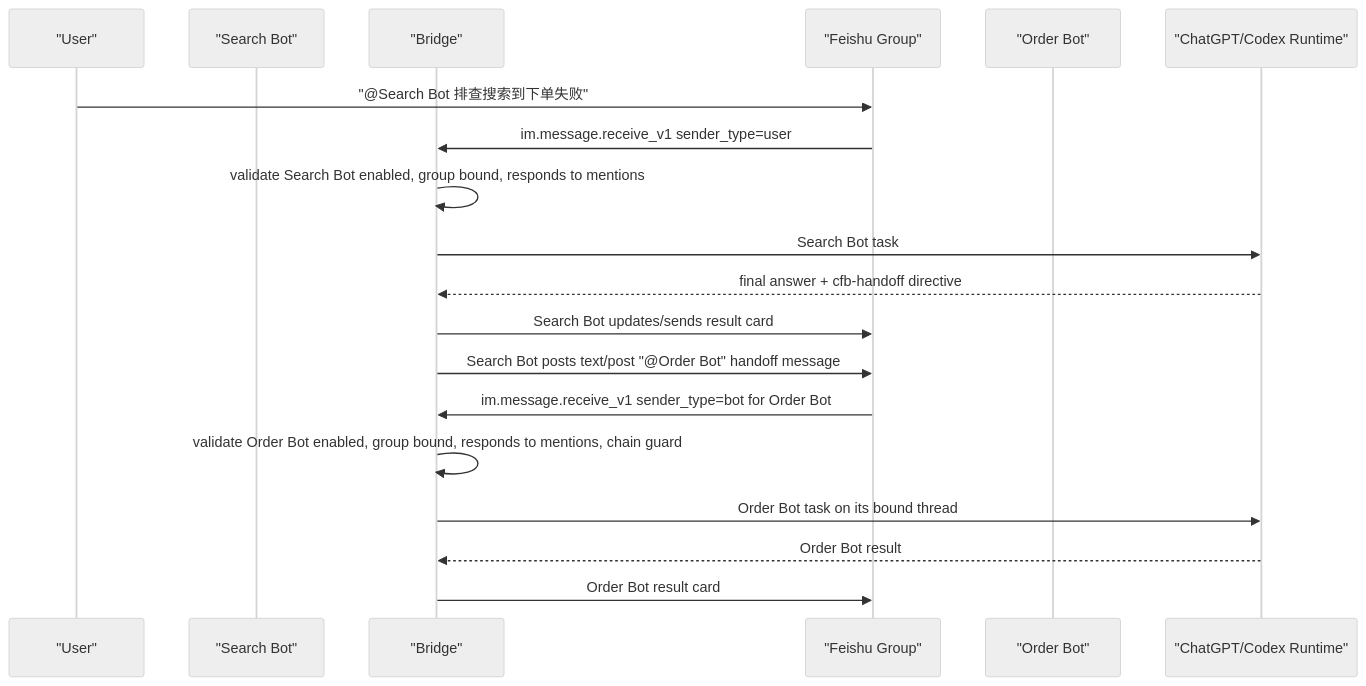
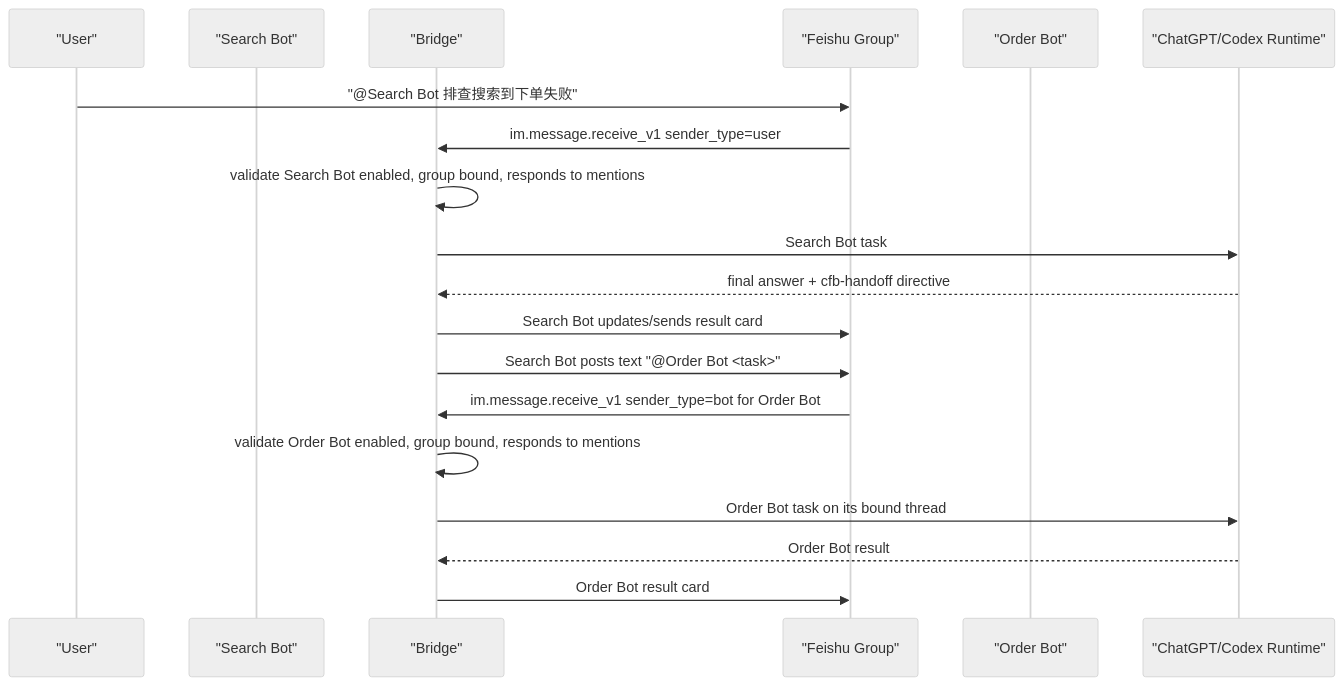
The diagram in docs/plans/2026-07-28-002-feat-bot-to-bot-collaboration-plan.md (jylaxp/codex-feishu-bridge), drawn with Mermaid (neutral theme) before and after one commit. The commit also changed other lines of this file and 13 other files, not shown here.

````diff
--- a/docs/plans/2026-07-28-002-feat-bot-to-bot-collaboration-plan.md
+++ b/docs/plans/2026-07-28-002-feat-bot-to-bot-collaboration-plan.md
@@ -105,22 +105,22 @@
 ```mermaid
 sequenceDiagram
   participant User as "User"
   participant A as "Search Bot"
   participant Bridge as "Bridge"
   participant Feishu as "Feishu Group"
   participant B as "Order Bot"
   participant Codex as "ChatGPT/Codex Runtime"
 
   User->>Feishu: "@Search Bot 排查搜索到下单失败"
   Feishu->>Bridge: im.message.receive_v1 sender_type=user
   Bridge->>Bridge: validate Search Bot enabled, group bound, responds to mentions
   Bridge->>Codex: Search Bot task
   Codex-->>Bridge: final answer + cfb-handoff directive
   Bridge->>Feishu: Search Bot updates/sends result card
-  Bridge->>Feishu: Search Bot posts text/post "@Order Bot" handoff message
+  Bridge->>Feishu: Search Bot posts text "@Order Bot <task>"
   Feishu->>Bridge: im.message.receive_v1 sender_type=bot for Order Bot
-  Bridge->>Bridge: validate Order Bot enabled, group bound, responds to mentions, chain guard
+  Bridge->>Bridge: validate Order Bot enabled, group bound, responds to mentions
   Bridge->>Codex: Order Bot task on its bound thread
   Codex-->>Bridge: Order Bot result
   Bridge->>Feishu: Order Bot result card
 ```
````
